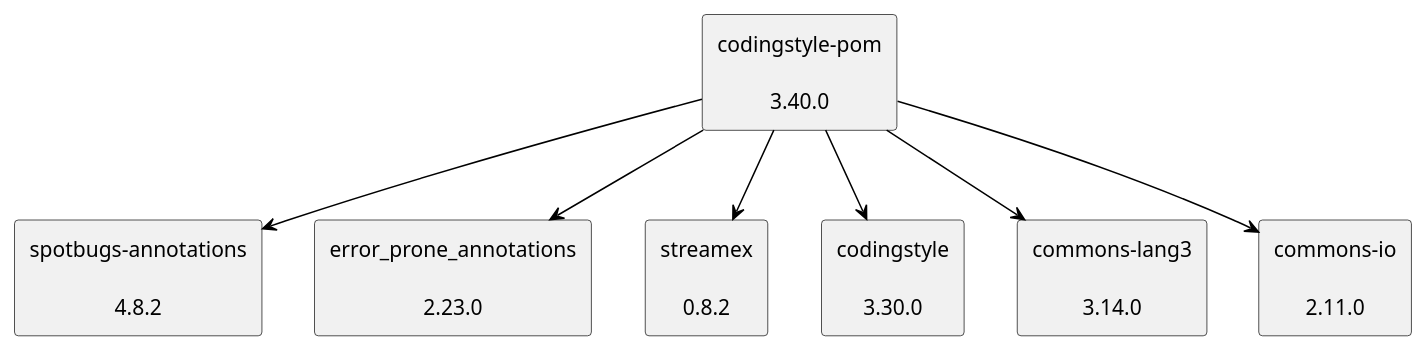
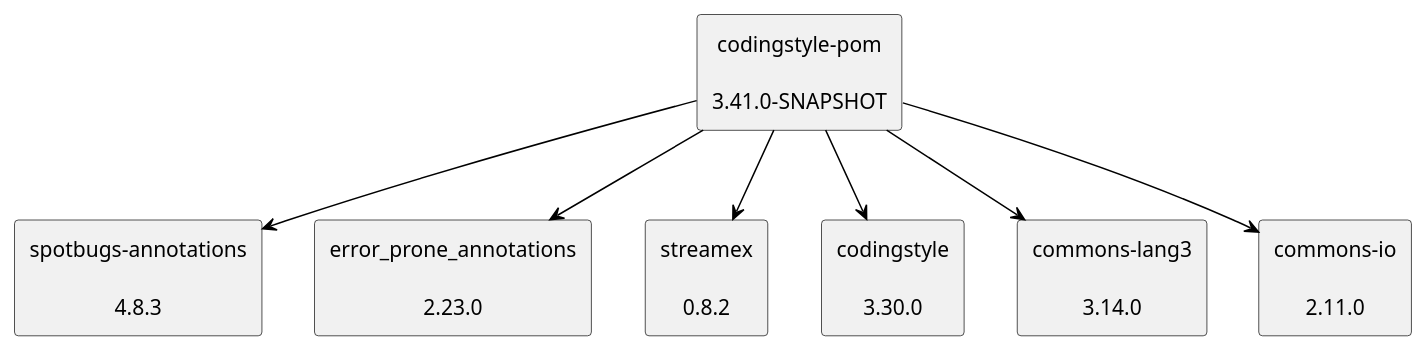
One commit to uhafner/codingstyle-pom changed the diagram in doc/dependency-graph.puml. Above: the diagram before and after it, drawn with PlantUML.

Commit message:
Bump versions.

```diff
--- a/doc/dependency-graph.puml
+++ b/doc/dependency-graph.puml
@@ -1,22 +1,22 @@
 @startuml
 skinparam defaultTextAlignment center
 skinparam rectangle {
   BackgroundColor<<optional>> beige
   BackgroundColor<<test>> lightGreen
   BackgroundColor<<runtime>> lightBlue
   BackgroundColor<<provided>> lightGray
 }
-rectangle "codingstyle-pom\n\n3.40.0" as edu_hm_hafner_codingstyle_pom_pom
-rectangle "spotbugs-annotations\n\n4.8.2" as com_github_spotbugs_spotbugs_annotations_jar
+rectangle "codingstyle-pom\n\n3.41.0-SNAPSHOT" as edu_hm_hafner_codingstyle_pom_pom
+rectangle "spotbugs-annotations\n\n4.8.3" as com_github_spotbugs_spotbugs_annotations_jar
 rectangle "error_prone_annotations\n\n2.23.0" as com_google_errorprone_error_prone_annotations_jar
 rectangle "streamex\n\n0.8.2" as one_util_streamex_jar
 rectangle "codingstyle\n\n3.30.0" as edu_hm_hafner_codingstyle_jar
 rectangle "commons-lang3\n\n3.14.0" as org_apache_commons_commons_lang3_jar
 rectangle "commons-io\n\n2.11.0" as commons_io_commons_io_jar
 edu_hm_hafner_codingstyle_pom_pom -[#000000]-> com_github_spotbugs_spotbugs_annotations_jar
 edu_hm_hafner_codingstyle_pom_pom -[#000000]-> com_google_errorprone_error_prone_annotations_jar
 edu_hm_hafner_codingstyle_pom_pom -[#000000]-> one_util_streamex_jar
 edu_hm_hafner_codingstyle_pom_pom -[#000000]-> edu_hm_hafner_codingstyle_jar
 edu_hm_hafner_codingstyle_pom_pom -[#000000]-> org_apache_commons_commons_lang3_jar
 edu_hm_hafner_codingstyle_pom_pom -[#000000]-> commons_io_commons_io_jar
 @enduml
```
